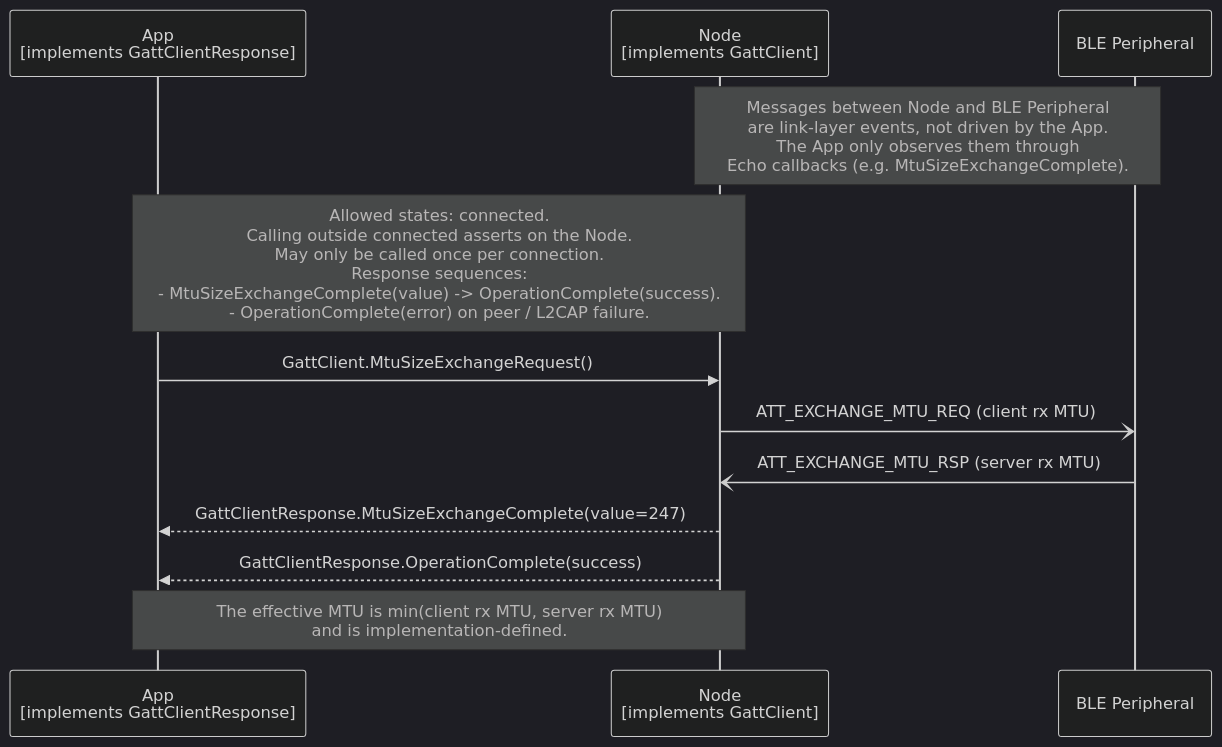
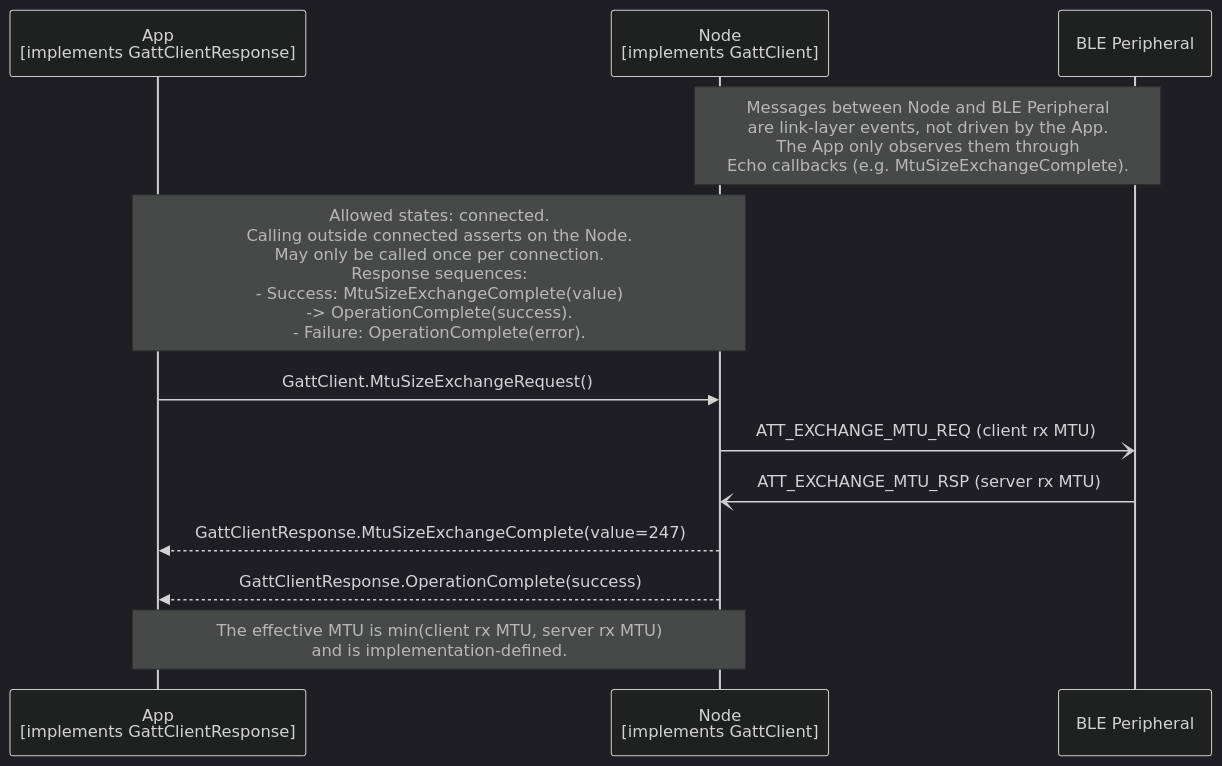
The diagram in documents/modules/ROOT/partials/echoservices/gatt_client/GattClient_MtuSizeExchangeRequest_sequence.mmd (philips-software/amp-embedded-infra-lib), drawn with Mermaid (dark theme) before and after one commit. The commit also changed 12 other files, not shown here.

```diff
--- a/documents/modules/ROOT/partials/echoservices/gatt_client/GattClient_MtuSizeExchangeRequest_sequence.mmd
+++ b/documents/modules/ROOT/partials/echoservices/gatt_client/GattClient_MtuSizeExchangeRequest_sequence.mmd
@@ -1,14 +1,14 @@
 sequenceDiagram
     participant App as App<br>[implements GattClientResponse]
     participant Node as Node<br>[implements GattClient]
     participant Peripheral as BLE Peripheral
 
     Note over Node, Peripheral: Messages between Node and BLE Peripheral<br>are link-layer events, not driven by the App.<br>The App only observes them through<br>Echo callbacks (e.g. MtuSizeExchangeComplete).
-    Note over App, Node: Allowed states: connected.<br>Calling outside connected asserts on the Node.<br>May only be called once per connection.<br>Response sequences:<br>- MtuSizeExchangeComplete(value) -> OperationComplete(success).<br>- OperationComplete(error) on peer / L2CAP failure.
+    Note over App, Node: Allowed states: connected.<br>Calling outside connected asserts on the Node.<br>May only be called once per connection.<br>Response sequences:<br>- Success: MtuSizeExchangeComplete(value)<br>  -> OperationComplete(success).<br>- Failure: OperationComplete(error).
 
     App->>Node: GattClient.MtuSizeExchangeRequest()
     Node-)Peripheral: ATT_EXCHANGE_MTU_REQ (client rx MTU)
     Peripheral-)Node: ATT_EXCHANGE_MTU_RSP (server rx MTU)
     Node-->>App: GattClientResponse.MtuSizeExchangeComplete(value=247)
     Node-->>App: GattClientResponse.OperationComplete(success)
     Note over App, Node: The effective MTU is min(client rx MTU, server rx MTU)<br>and is implementation-defined.
```
